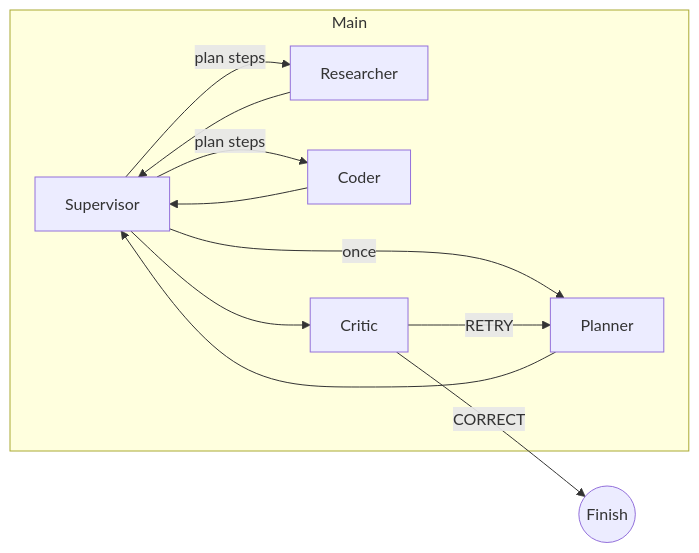
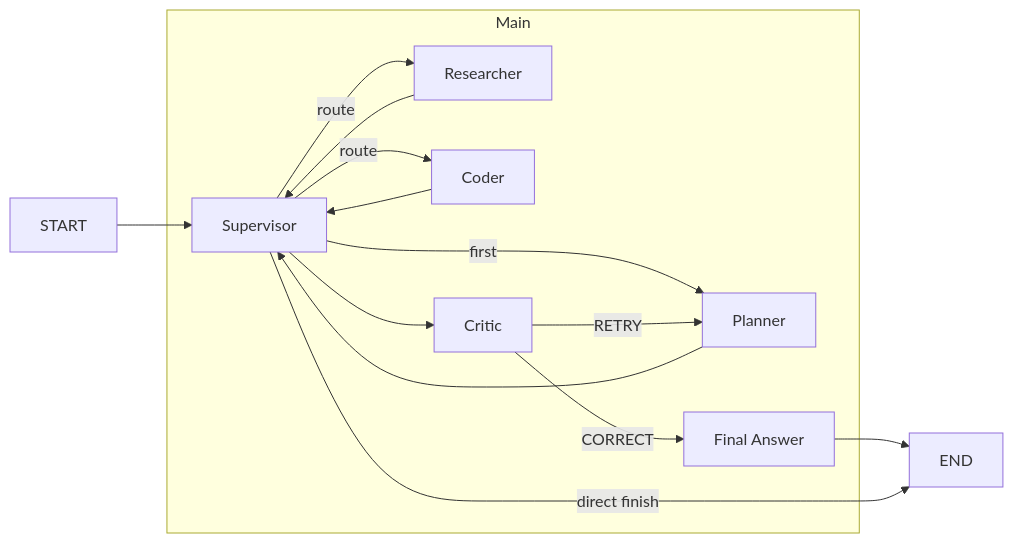
One commit to Sims2k/gaia-supervisor changed the diagram in README.md. Above: the diagram before and after it, drawn with Mermaid. The commit also changed other lines of this file, not shown here.

Commit message:
Update README with accurate project structure and architecture

````diff
--- a/README.md
+++ b/README.md
@@ -23,18 +18,22 @@
 ```mermaid
 flowchart LR
     subgraph Main
         S[Supervisor]
         P[Planner]
         R[Researcher]
         C[Coder]
         K[Critic]
+        F[Final Answer]
     end
-    S -->|once| P
+    START --> S
+    S -->|first| P
     P --> S
-    S -->|plan steps| R & C
+    S -->|route| R & C
     R --> S
     C --> S
     S --> K
-    K -->|CORRECT| End((Finish))
+    K -->|CORRECT| F
     K -->|RETRY| P
+    F --> END
+    S -->|direct finish| END
 ```
````
